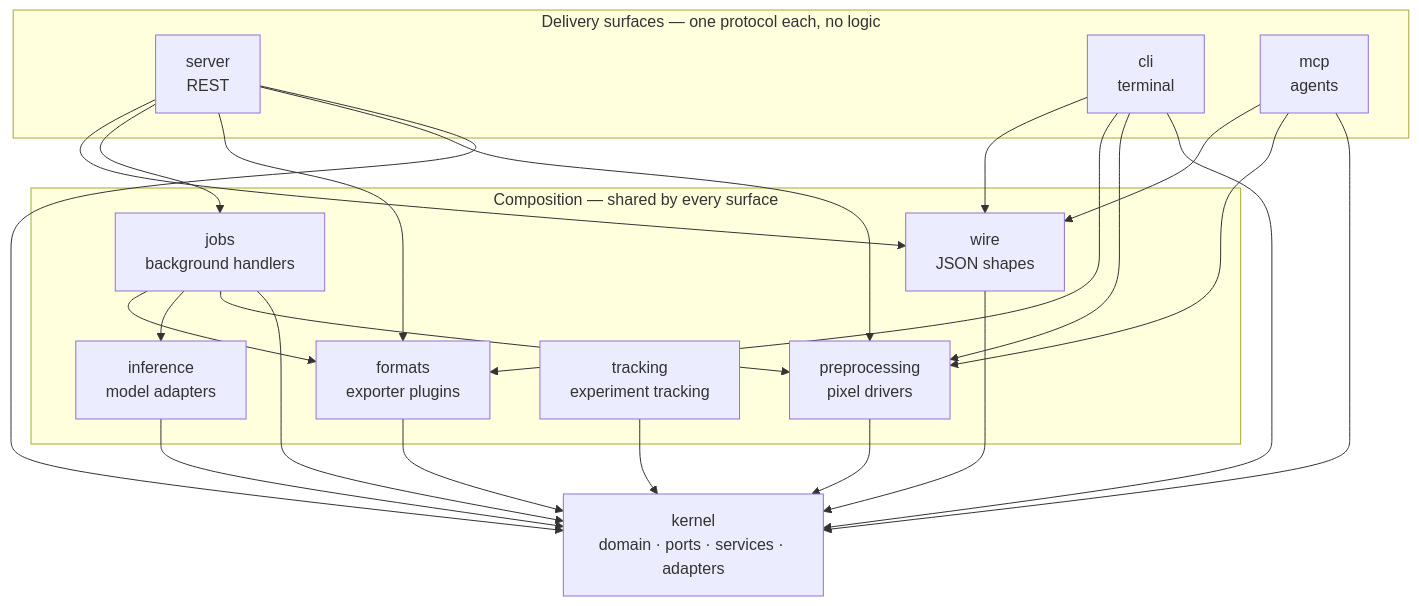
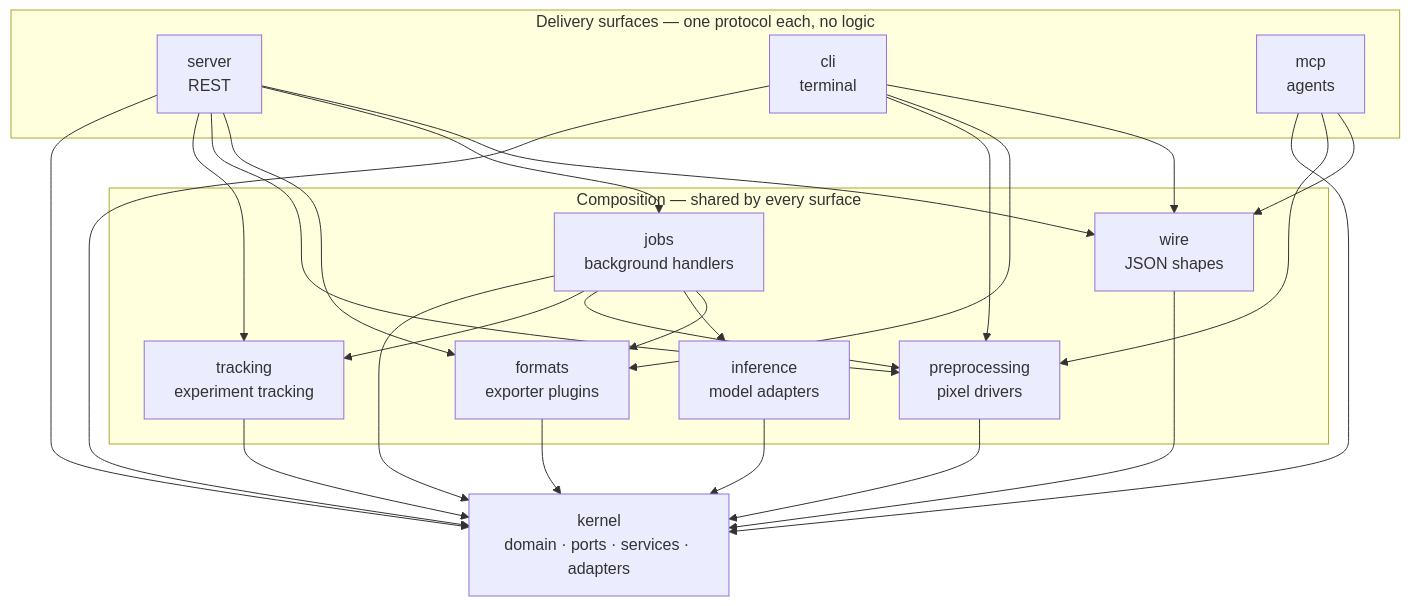
One commit to Robomous/VisionSet changed the diagram in docs/content/architecture/backend/README.md. Above: the diagram before and after it, drawn with Mermaid. The commit also changed 17 other files, not shown here.

````diff
--- a/docs/content/architecture/backend/README.md
+++ b/docs/content/architecture/backend/README.md
@@ -9,41 +9,43 @@
 ```mermaid
 flowchart TB
     subgraph Surfaces["Delivery surfaces — one protocol each, no logic"]
         Server["server\nREST"]
         Cli["cli\nterminal"]
         Mcp["mcp\nagents"]
     end
 
     subgraph Composition["Composition — shared by every surface"]
         Wire["wire\nJSON shapes"]
         Jobs["jobs\nbackground handlers"]
         Inference["inference\nmodel adapters"]
         Formats["formats\nexporter plugins"]
         Preprocessing["preprocessing\npixel drivers"]
         Tracking["tracking\nexperiment tracking"]
     end
 
     Kernel["kernel\ndomain · ports · services · adapters"]
 
     Server --> Wire
     Cli --> Wire
     Mcp --> Wire
     Server --> Jobs
     Server --> Formats
     Cli --> Formats
     Jobs --> Formats
     Jobs --> Inference
     Server --> Preprocessing
     Cli --> Preprocessing
     Mcp --> Preprocessing
     Jobs --> Preprocessing
+    Server --> Tracking
+    Jobs --> Tracking
     Server --> Kernel
     Cli --> Kernel
     Mcp --> Kernel
     Wire --> Kernel
     Jobs --> Kernel
     Inference --> Kernel
     Formats --> Kernel
     Preprocessing --> Kernel
     Tracking --> Kernel
 ```
````
